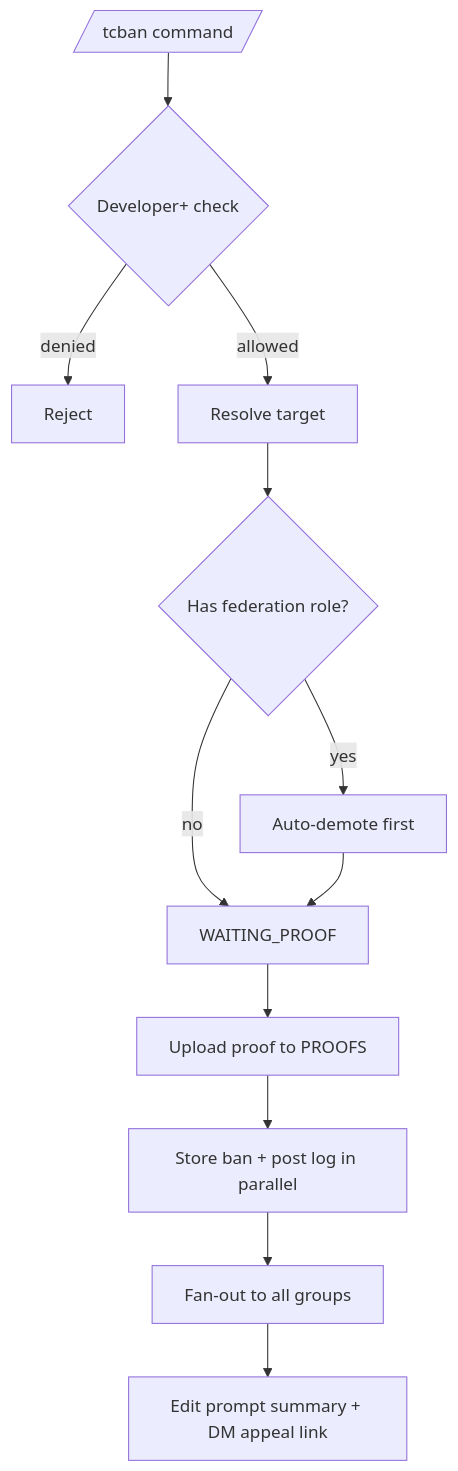
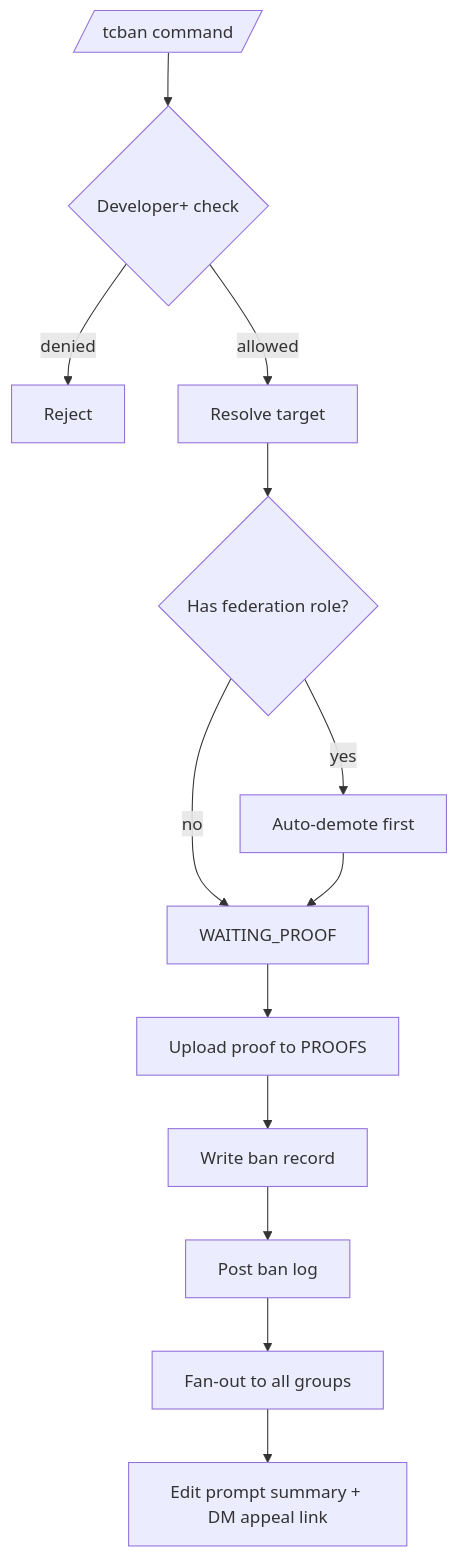
One commit to D1ZZY4/tcbot changed the diagram in docs/features/moderation/banning.md. Above: the diagram before and after it, drawn with Mermaid. The commit also changed other lines of this file and 25 other files, not shown here.

````diff
--- a/docs/features/moderation/banning.md
+++ b/docs/features/moderation/banning.md
@@ -12,14 +12,15 @@
 ```mermaid
 flowchart TD
     Cmd[/tcban command/] --> Permission{Developer+ check}
     Permission -->|denied| End1[Reject]
     Permission -->|allowed| Target[Resolve target]
     Target --> RoleCheck{Has federation role?}
     RoleCheck -->|yes| AutoDemote[Auto-demote first]
     RoleCheck -->|no| ProofStep[WAITING_PROOF]
     AutoDemote --> ProofStep
     ProofStep --> UploadProof[Upload proof to PROOFS]
-    UploadProof --> StoreLog[Store ban + post log in parallel]
-    StoreLog --> FanOut[Fan-out to all groups]
+    UploadProof --> StoreBan[Write ban record]
+    StoreBan --> PostLog[Post ban log]
+    PostLog --> FanOut[Fan-out to all groups]
     FanOut --> Summary[Edit prompt summary + DM appeal link]
 ```
````
